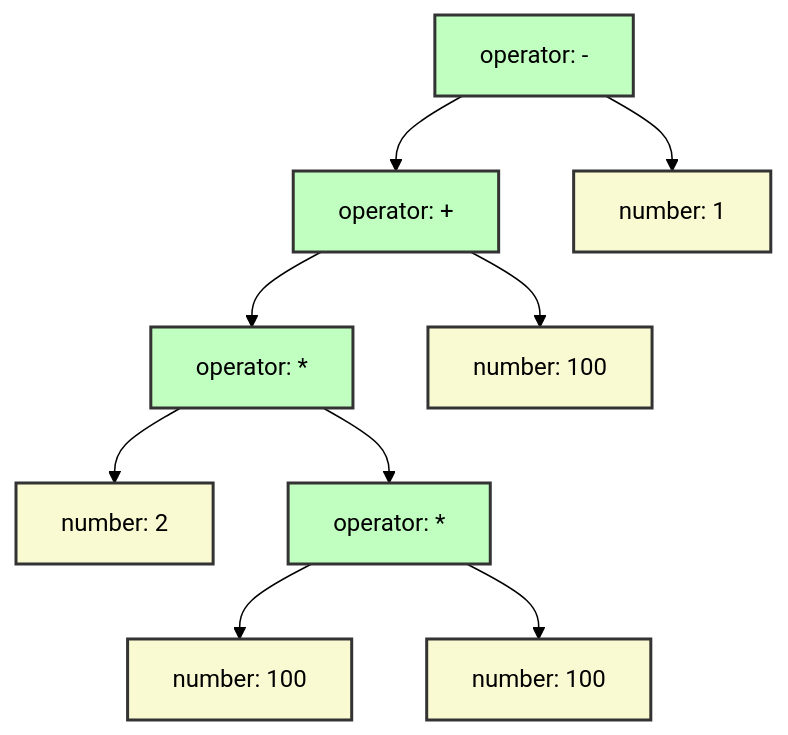
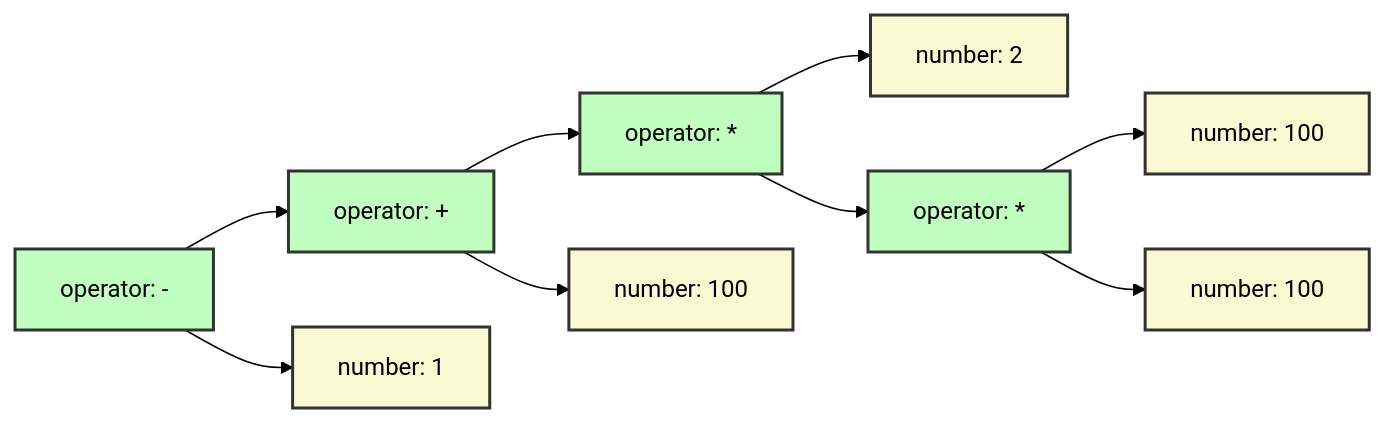
Before and after one commit to monogram-project/monogram: the first of 2 diagrams in docs/arithmetic.md, drawn with Mermaid (forest theme). The commit also changed other lines of this file and 17 other files, not shown here.

Commit message:
Switch to left-to-right layout for mermaid output

````diff
--- a/docs/arithmetic.md
+++ b/docs/arithmetic.md
@@ -11,29 +14,29 @@
 ```mermaid
-graph TD
-  128564441744704["operator: -"]:::custom_operator;
-  128564441744784["operator: +"]:::custom_operator;
-  128564441744704 --> 128564441744784;
-  128564441744864["operator: *"]:::custom_operator;
-  128564441744784 --> 128564441744864;
-  128564441744944["number: 2"]:::custom_number;
-  128564441744864 --> 128564441744944;
-  128564441745024["operator: *"]:::custom_operator;
-  128564441744864 --> 128564441745024;
-  128564441745104["number: 100"]:::custom_number;
-  128564441745024 --> 128564441745104;
-  128564441745184["number: 100"]:::custom_number;
-  128564441745024 --> 128564441745184;
-  128564441745264["number: 100"]:::custom_number;
-  128564441744784 --> 128564441745264;
-  128564441745344["number: 1"]:::custom_number;
-  128564441744704 --> 128564441745344;
+graph LR
+  133569368393024["operator: -"]:::custom_operator;
+  133569368393104["operator: +"]:::custom_operator;
+  133569368393024 --> 133569368393104;
+  133569368393184["operator: *"]:::custom_operator;
+  133569368393104 --> 133569368393184;
+  133569368393264["number: 2"]:::custom_number;
+  133569368393184 --> 133569368393264;
+  133569368393344["operator: *"]:::custom_operator;
+  133569368393184 --> 133569368393344;
+  133569368393424["number: 100"]:::custom_number;
+  133569368393344 --> 133569368393424;
+  133569368393504["number: 100"]:::custom_number;
+  133569368393344 --> 133569368393504;
+  133569368393584["number: 100"]:::custom_number;
+  133569368393104 --> 133569368393584;
+  133569368393664["number: 1"]:::custom_number;
+  133569368393024 --> 133569368393664;
 
 classDef custom_form fill:lightpink,stroke:#333,stroke-width:2px;
 classDef custom_part fill:#FFD8E1,stroke:#333,stroke-width:2px;
 classDef custom_apply fill:lightgreen,stroke:#333,stroke-width:2px;
 classDef custom_identifier fill:Honeydew,stroke:#333,stroke-width:2px;
 classDef custom_arguments fill:PaleTurquoise,stroke:#333,stroke-width:2px;
 classDef custom_operator fill:#C0FFC0,stroke:#333,stroke-width:2px;
 classDef custom_number fill:lightgoldenrodyellow,stroke:#333,stroke-width:2px;
 
 ```
````
